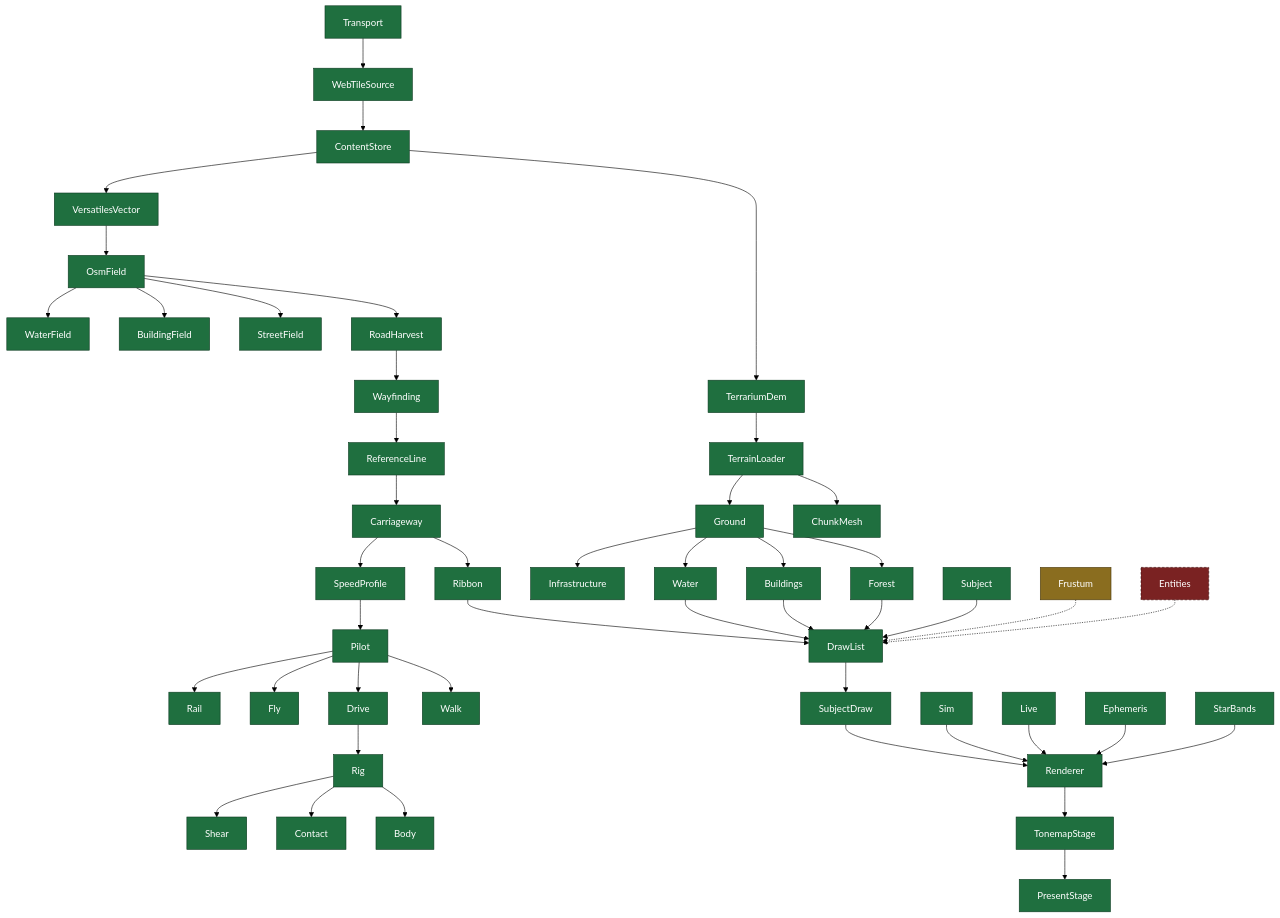
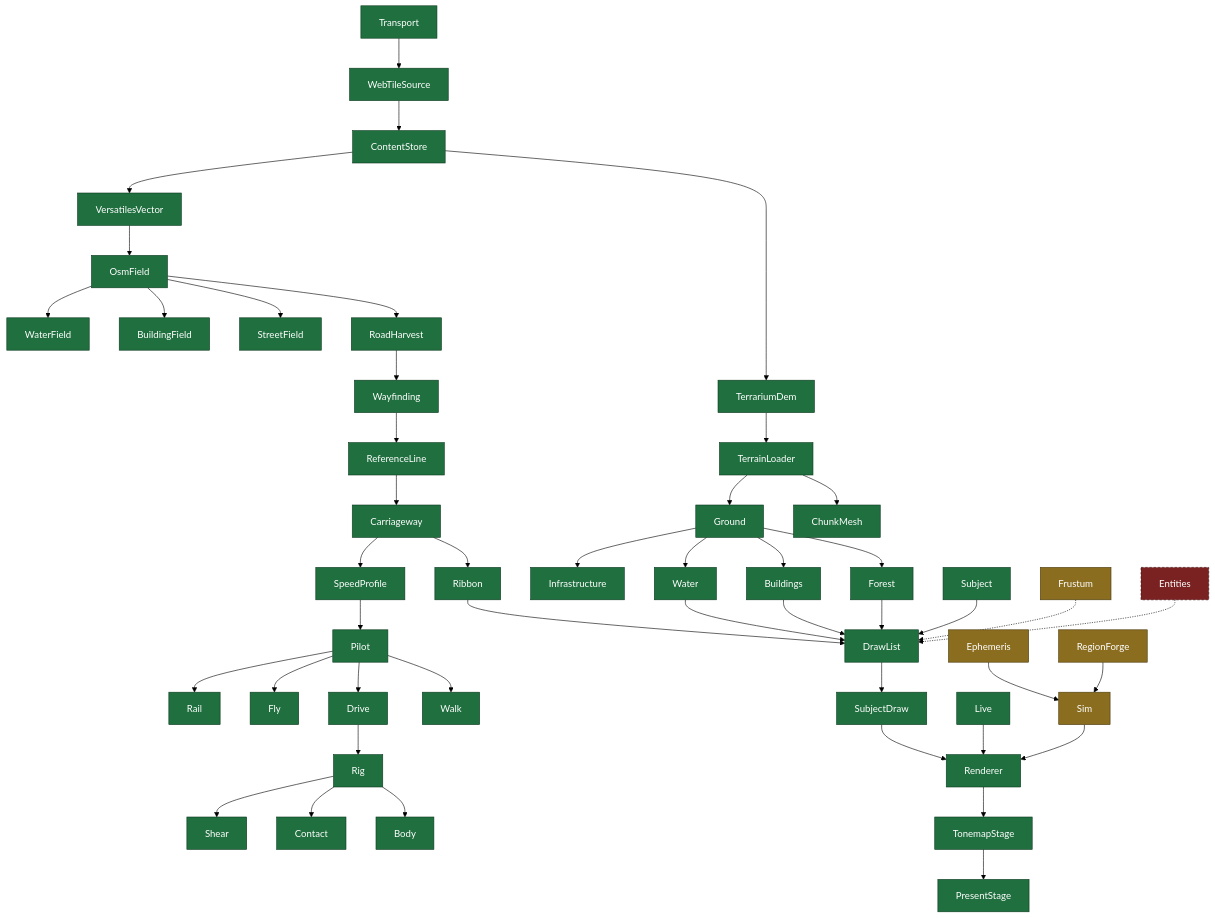
The fourth of 6 diagrams in CLAUDE.md (Weichwolf/outshine), drawn with Mermaid (forest theme) before and after one commit. The commit also changed other lines of this file, not shown here.

````diff
--- a/CLAUDE.md
+++ b/CLAUDE.md
@@ -427,27 +427,27 @@
 ```mermaid
 flowchart TD
   Transport --> WebTileSource --> ContentStore
   ContentStore --> TerrariumDem & VersatilesVector
   TerrariumDem --> TerrainLoader --> ChunkMesh
   VersatilesVector --> OsmField --> RoadHarvest --> Wayfinding
   OsmField --> StreetField & BuildingField & WaterField
   TerrainLoader --> Ground --> Forest & Buildings & Water & Infrastructure
   Wayfinding --> ReferenceLine --> Carriageway --> Ribbon
   Carriageway --> SpeedProfile --> Pilot
   Pilot --> Walk & Drive & Fly & Rail
   Drive --> Rig --> Body
   Rig --> Contact & Shear
   Forest & Buildings & Water & Ribbon & Subject --> DrawList
   DrawList --> SubjectDraw --> Renderer --> TonemapStage --> PresentStage
-  Sim & Live --> Renderer
-  Ephemeris & StarBands --> Renderer
+  Live --> Renderer
+  Ephemeris & RegionForge --> Sim --> Renderer
   Frustum -.-> DrawList
   Entities -.-> DrawList
 
   classDef built fill:#1f6f3f,stroke:#0d3b21,color:#fff
   classDef idle fill:#8a6d1f,stroke:#4a3a0d,color:#fff
   classDef absent fill:#7a2222,stroke:#3d1111,color:#fff,stroke-dasharray:4 3
-  class Transport,WebTileSource,ContentStore,TerrariumDem,VersatilesVector,TerrainLoader,ChunkMesh,OsmField,RoadHarvest,Wayfinding,StreetField,BuildingField,WaterField,Ground,Forest,Buildings,Water,Infrastructure,ReferenceLine,Carriageway,Ribbon,SpeedProfile,Pilot,Walk,Drive,Fly,Rail,Rig,Body,Contact,Shear,Subject,DrawList,SubjectDraw,Renderer,TonemapStage,PresentStage,Sim,Live,Ephemeris,StarBands built
-  class Frustum idle
+  class Transport,WebTileSource,ContentStore,TerrariumDem,VersatilesVector,TerrainLoader,ChunkMesh,OsmField,RoadHarvest,Wayfinding,StreetField,BuildingField,WaterField,Ground,Forest,Buildings,Water,Infrastructure,ReferenceLine,Carriageway,Ribbon,SpeedProfile,Pilot,Walk,Drive,Fly,Rail,Rig,Body,Contact,Shear,Subject,DrawList,SubjectDraw,Renderer,TonemapStage,PresentStage,Live,StarBands built
+  class Frustum,Sim,Ephemeris,RegionForge idle
   class Entities absent
 ```
````
